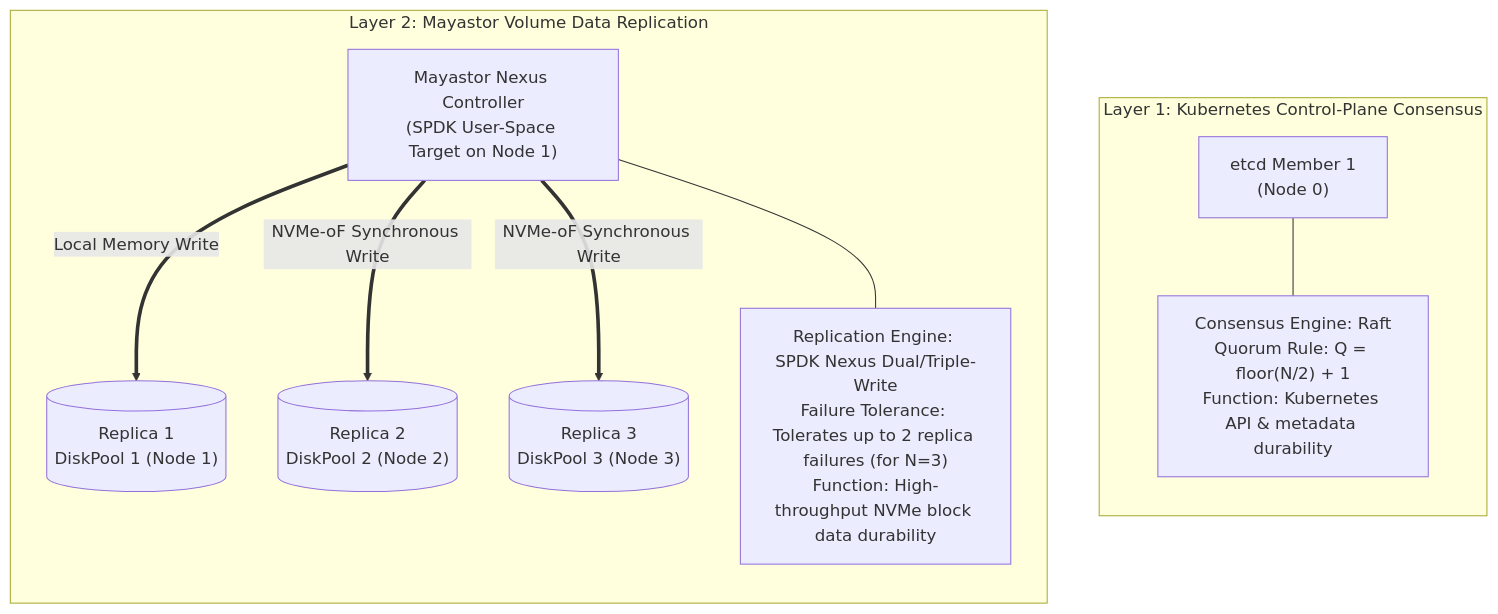
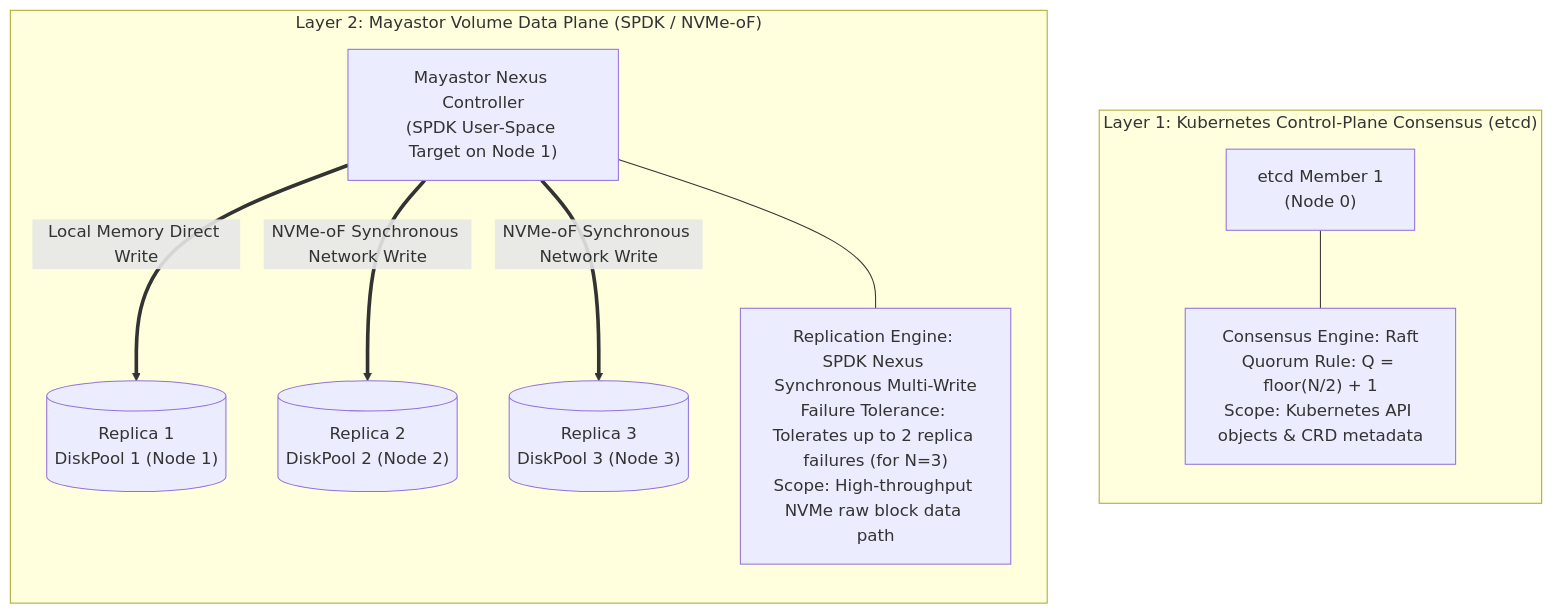
The first of 4 diagrams in docs/storage-architecture-analysis.md (Swapnil220705/k8s-high-performance-storage), drawn with Mermaid before and after one commit. The commit also changed other lines of this file, not shown here.

Commit message:
docs: specify replica rebuild semantics and rwx migration test plan

````diff
--- a/docs/storage-architecture-analysis.md
+++ b/docs/storage-architecture-analysis.md
@@ -22,24 +24,24 @@
 ```mermaid
 flowchart TD
-    subgraph ControlPlaneQuorum["Layer 1: Kubernetes Control-Plane Consensus"]
+    subgraph ControlPlaneQuorum["Layer 1: Kubernetes Control-Plane Consensus (etcd)"]
         direction TB
         ETCD1["etcd Member 1<br/>(Node 0)"]
-        ETCD_NOTE["Consensus Engine: Raft<br/>Quorum Rule: Q = floor(N/2) + 1<br/>Function: Kubernetes API & metadata durability"]
+        ETCD_NOTE["Consensus Engine: Raft<br/>Quorum Rule: Q = floor(N/2) + 1<br/>Scope: Kubernetes API objects & CRD metadata"]
         ETCD1 --- ETCD_NOTE
     end
 
-    subgraph MayastorDataReplication["Layer 2: Mayastor Volume Data Replication"]
+    subgraph MayastorDataReplication["Layer 2: Mayastor Volume Data Plane (SPDK / NVMe-oF)"]
         direction TB
         Nexus["Mayastor Nexus Controller<br/>(SPDK User-Space Target on Node 1)"]
         Rep1[("Replica 1<br/>DiskPool 1 (Node 1)")]
         Rep2[("Replica 2<br/>DiskPool 2 (Node 2)")]
         Rep3[("Replica 3<br/>DiskPool 3 (Node 3)")]
 
-        Nexus ==>|Local Memory Write| Rep1
-        Nexus ==>|NVMe-oF Synchronous Write| Rep2
-        Nexus ==>|NVMe-oF Synchronous Write| Rep3
+        Nexus ==>|Local Memory Direct Write| Rep1
+        Nexus ==>|NVMe-oF Synchronous Network Write| Rep2
+        Nexus ==>|NVMe-oF Synchronous Network Write| Rep3
         
-        REPL_NOTE["Replication Engine: SPDK Nexus Dual/Triple-Write<br/>Failure Tolerance: Tolerates up to 2 replica failures (for N=3)<br/>Function: High-throughput NVMe block data durability"]
+        REPL_NOTE["Replication Engine: SPDK Nexus Synchronous Multi-Write<br/>Failure Tolerance: Tolerates up to 2 replica failures (for N=3)<br/>Scope: High-throughput NVMe raw block data path"]
         Nexus --- REPL_NOTE
     end
 ```
````
